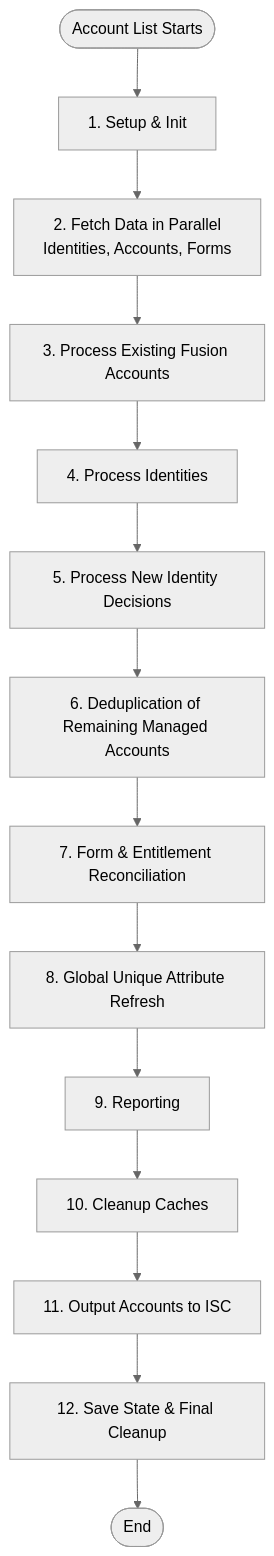
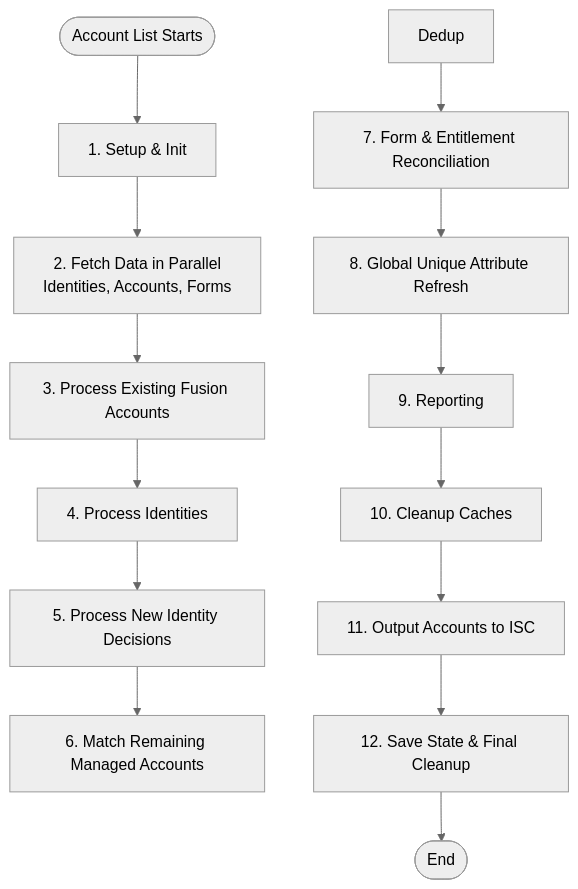
The first of 2 diagrams in docs/operations/account-list.md (fernando-delosrios-sp/colab-saas-conn-sailpoint-identity-fusion), drawn with Mermaid (neutral theme) before and after one commit. The commit also changed other lines of this file and 2 other files, not shown here.

First line of the commit message:
Update match documentation and terminology for clarity

````diff
--- a/docs/operations/account-list.md
+++ b/docs/operations/account-list.md
@@ -9,16 +9,16 @@
 ```mermaid
 flowchart TD
     Start([Account List Starts]) --> Init[1. Setup & Init]
     Init --> Fetch[2. Fetch Data in Parallel<br>Identities, Accounts, Forms]
     Fetch --> Exist[3. Process Existing Fusion Accounts]
     Exist --> NewId[4. Process Identities]
     NewId --> Reviews[5. Process New Identity Decisions]
-    Reviews --> Dedup[6. Deduplication of Remaining Managed Accounts]
+    Reviews --> Match[6. Match Remaining Managed Accounts]
     Dedup --> Forms[7. Form & Entitlement Reconciliation]
     Forms --> Unique[8. Global Unique Attribute Refresh]
     Unique --> Report[9. Reporting]
     Report --> Clean[10. Cleanup Caches]
     Clean --> Output[11. Output Accounts to ISC]
     Output --> State[12. Save State & Final Cleanup]
     State --> End([End])
 ```
````
